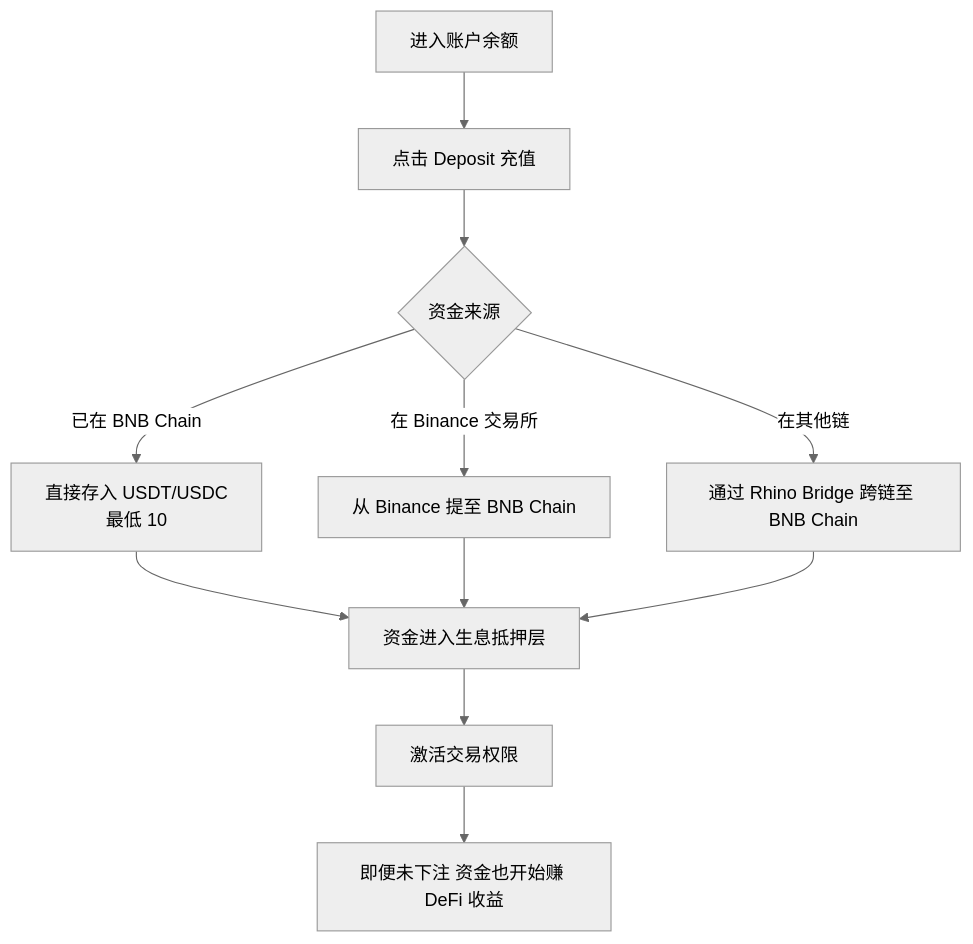
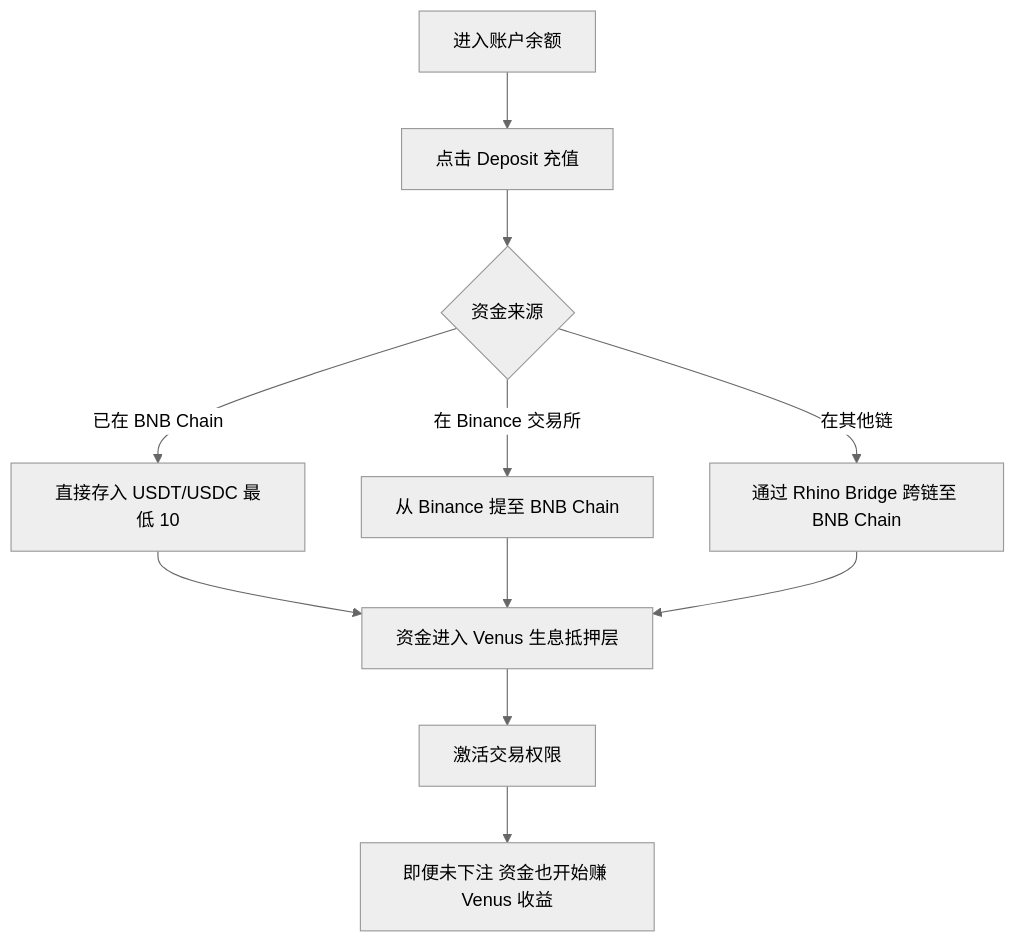
The sixth of 13 diagrams in research/04_user_experience/analysis.md (survivorff/predictfun_design), drawn with Mermaid (neutral theme) before and after one commit. The commit also changed other lines of this file and 11 other files, not shown here.

````diff
--- a/research/04_user_experience/analysis.md
+++ b/research/04_user_experience/analysis.md
@@ -69,13 +111,13 @@
 ```mermaid
 flowchart TD
     A[进入账户余额] --> B[点击 Deposit 充值]
     B --> C{资金来源}
-    C -->|已在 BNB Chain| D[直接存入 USDT/USDC<br/>最低 10]
+    C -->|已在 BNB Chain| D[直接存入 USDT/USDC 最低 10]
     C -->|在 Binance 交易所| E[从 Binance 提至 BNB Chain]
     C -->|在其他链| F[通过 Rhino Bridge 跨链至 BNB Chain]
-    D --> G[资金进入生息抵押层]
+    D --> G[资金进入 Venus 生息抵押层]
     E --> G
     F --> G
     G --> H[激活交易权限]
-    H --> I[即便未下注 资金也开始赚 DeFi 收益]
+    H --> I[即便未下注 资金也开始赚 Venus 收益]
 ```
````
